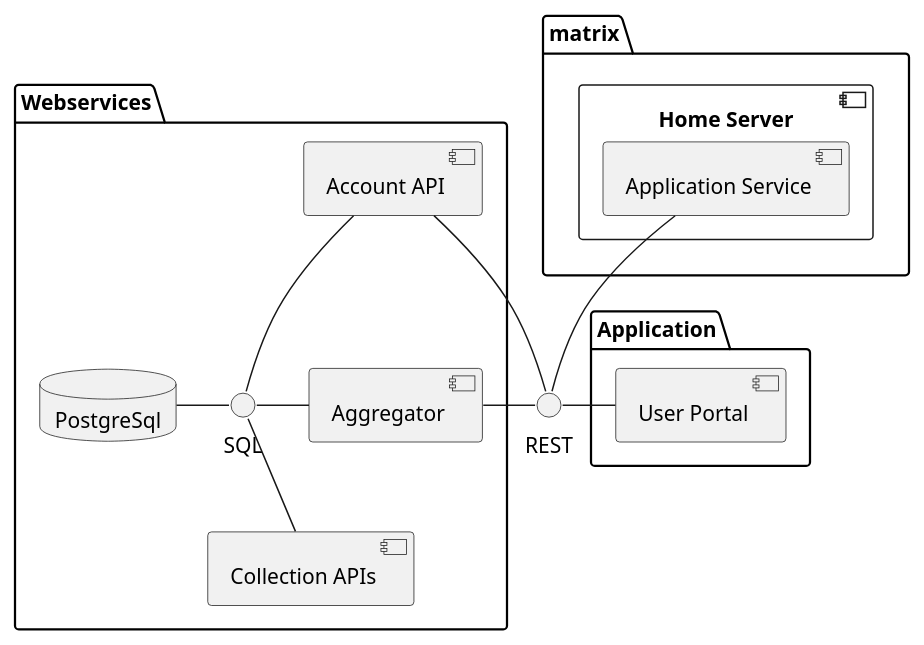
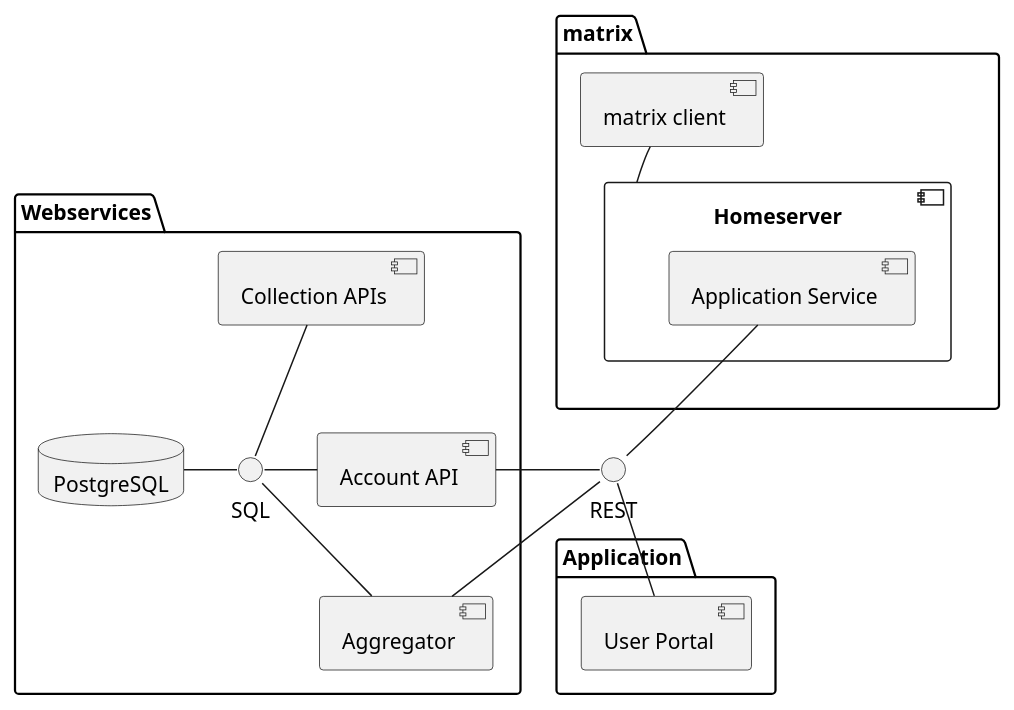
Before and after one commit to kgnet88/woden: the diagram in doc/diagrams/matrix.plantuml, drawn with PlantUML. The commit also changed 1 other file, not shown here.

Commit message:
# IS(6) 20220901 - component diagram for poc updated

```diff
--- a/doc/diagrams/matrix.plantuml
+++ b/doc/diagrams/matrix.plantuml
@@ -1,40 +1,42 @@
 @startuml
 
 package "Webservices" as ws {
-  database "PostgreSql" as pg
+  database "PostgreSQL" as pg
   interface SQL as sql1
   component "Account API" as acc
   component "Collection APIs" as coll
   component "Aggregator" as agg
 }
 
+coll -[hidden]- acc
 acc -[hidden]- agg
-agg -[hidden]- coll
 
 package "Application" as app {
   component "User Portal" as up
 }
 
 package "matrix" as mat {
-  component "Home Server" as mhs {
+  component "Homeserver" as mhs {
     component "Application Service" as ma
   }
+  component "matrix client" as mc
+  mhs -u- mc
 }
 
 interface REST as r1
 
 ' DB -> WS
 pg -r- sql1
-sql1 -u- acc
-sql1 -r- agg
-sql1 -- coll
+sql1 -u- coll
+sql1 -r- acc
+sql1 -d- agg
 
 ' WS -> App
-acc -- r1
+acc -r- r1
 agg -u- r1
-r1 -r- up
+r1 -- up
 
 ' WS -> matrix
 r1 -u- ma
 
 @enduml
```
